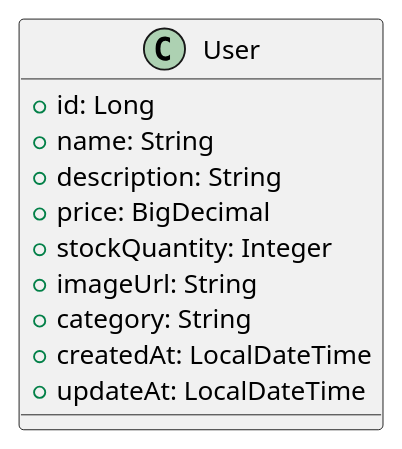
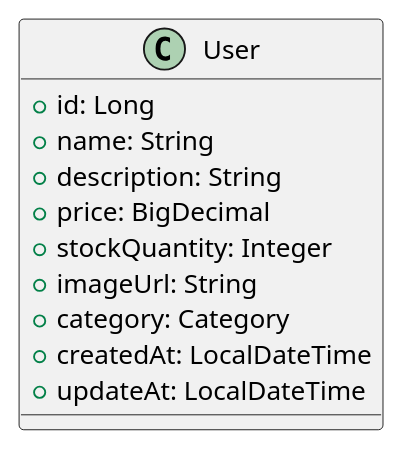
One commit to thegoddo/ECommerce changed the diagram in src/main/resources/classDiagrams/Product.puml. Above: the diagram before and after it, drawn with PlantUML.

Commit message:
Updated category Variable.

```diff
--- a/src/main/resources/classDiagrams/Product.puml
+++ b/src/main/resources/classDiagrams/Product.puml
@@ -1,13 +1,13 @@
 @startuml
 class User {
     + id: Long
     + name: String
     + description: String
     + price: BigDecimal
     + stockQuantity: Integer
     + imageUrl: String
-    + category: String
+    + category: Category
     + createdAt: LocalDateTime
     + updateAt: LocalDateTime
 }
 @enduml
```
